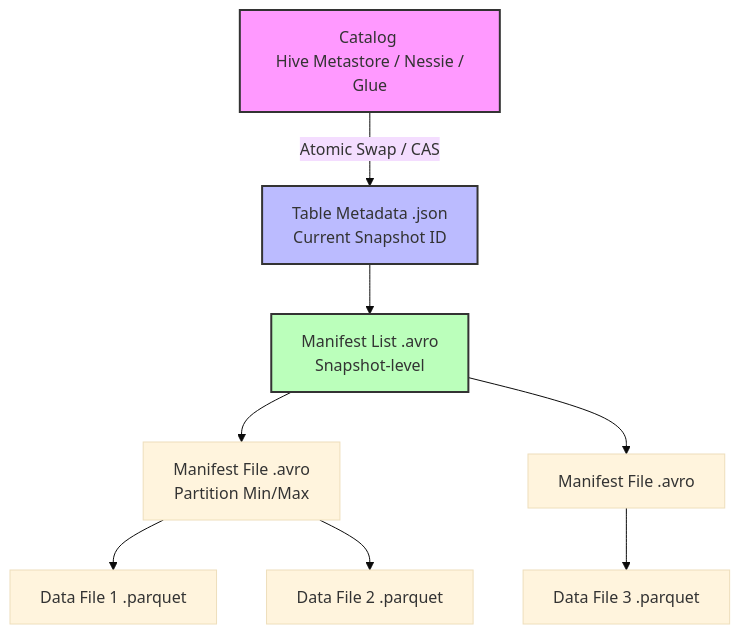
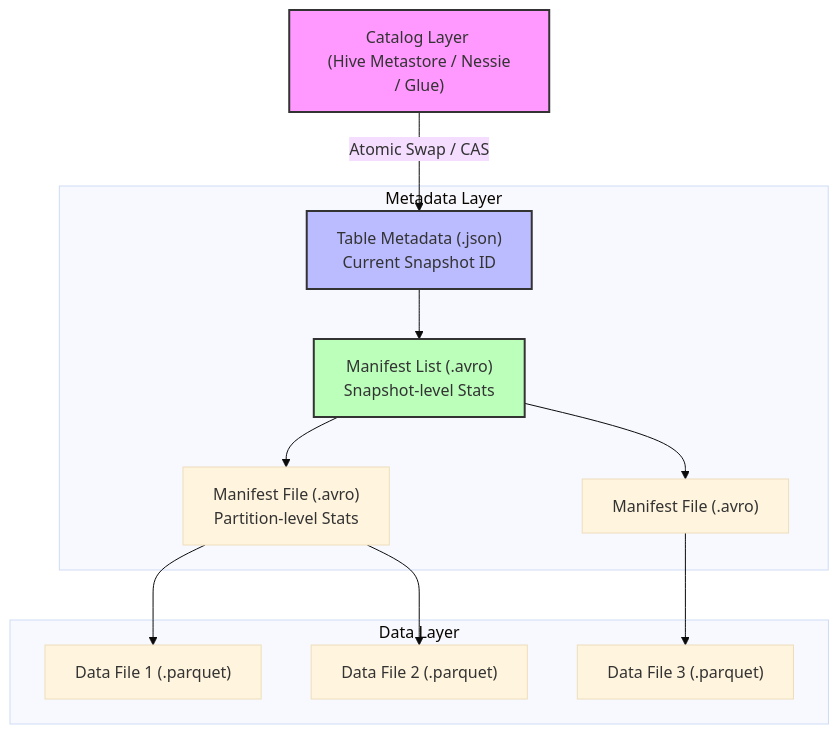
The diagram in src/content/docs/concepts/3-storage-engines-formats/iceberg-snapshot-isolation.md (kythuatdulieu/kythuatdulieu.github.io), drawn with Mermaid (base theme) before and after one commit. The commit also changed other lines of this file and 228 other files, not shown here.

Commit message:
Fix syntax and rewrite 200+ concepts docs to deep-dive system architecture and add GA4 tracking to quiz app

````diff
--- a/src/content/docs/concepts/3-storage-engines-formats/iceberg-snapshot-isolation.md
+++ b/src/content/docs/concepts/3-storage-engines-formats/iceberg-snapshot-isolation.md
@@ -19,14 +24,20 @@
 ```mermaid
 graph TD
-    A["Catalog <br> Hive Metastore / Nessie / Glue"] -->|Atomic Swap / CAS| B["Table Metadata .json <br> Current Snapshot ID"]
-    B --> C["Manifest List .avro <br> Snapshot-level"]
-    C --> D["Manifest File .avro <br> Partition Min/Max"]
-    C --> E["Manifest File .avro"]
-    D --> F["Data File 1 .parquet"]
-    D --> G["Data File 2 .parquet"]
-    E --> H["Data File 3 .parquet"]
+    A["Catalog Layer <br> (Hive Metastore / Nessie / Glue)"] -->|Atomic Swap / CAS| B["Table Metadata (.json) <br> Current Snapshot ID"]
+    
+    subgraph Metadata Layer
+        B --> C["Manifest List (.avro) <br> Snapshot-level Stats"]
+        C --> D["Manifest File (.avro) <br> Partition-level Stats"]
+        C --> E["Manifest File (.avro)"]
+    end
+    
+    subgraph Data Layer
+        D --> F["Data File 1 (.parquet)"]
+        D --> G["Data File 2 (.parquet)"]
+        E --> H["Data File 3 (.parquet)"]
+    end
     
     style A fill:#f9f,stroke:#333,stroke-width:2px
     style B fill:#bbf,stroke:#333,stroke-width:2px
     style C fill:#bfb,stroke:#333,stroke-width:2px
 ```
````
